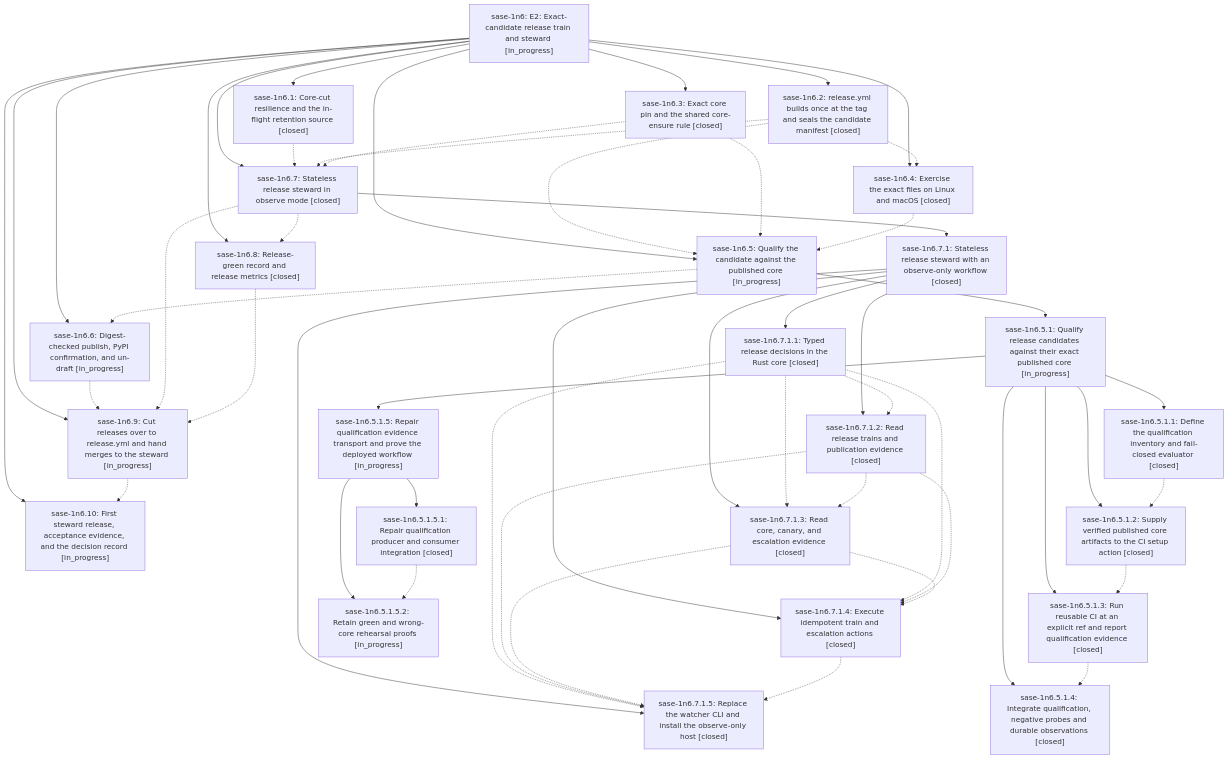
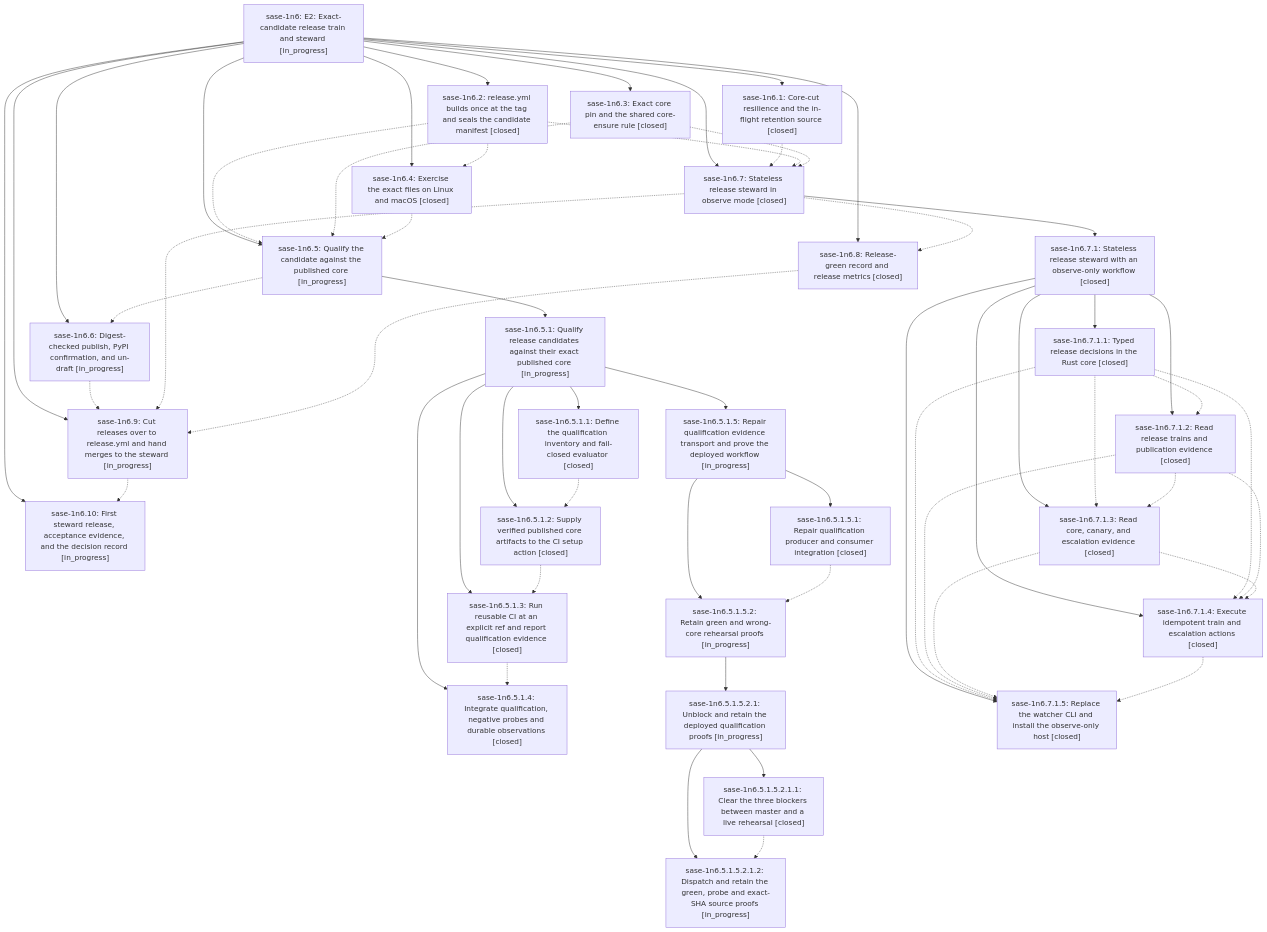
The diagram in pages/sase-1n6/README.md (sase-org/sase--beads), drawn with Mermaid before and after one commit. The commit also changed other lines of this file and 4 other files, not shown here.

````diff
--- a/pages/sase-1n6/README.md
+++ b/pages/sase-1n6/README.md
@@ -65,16 +67,19 @@
     n12["sase-1n6.5.1.5: Repair qualification evidence transport and prove the deployed workflow [in_progress]"]
     n13["sase-1n6.5.1.5.1: Repair qualification producer and consumer integration [closed]"]
     n14["sase-1n6.5.1.5.2: Retain green and wrong-core rehearsal proofs [in_progress]"]
-    n15["sase-1n6.6: Digest-checked publish, PyPI confirmation, and un-draft [in_progress]"]
-    n16["sase-1n6.7: Stateless release steward in observe mode [closed]"]
-    n17["sase-1n6.7.1: Stateless release steward with an observe-only workflow [closed]"]
-    n18["sase-1n6.7.1.1: Typed release decisions in the Rust core [closed]"]
-    n19["sase-1n6.7.1.2: Read release trains and publication evidence [closed]"]
-    n20["sase-1n6.7.1.3: Read core, canary, and escalation evidence [closed]"]
-    n21["sase-1n6.7.1.4: Execute idempotent train and escalation actions [closed]"]
-    n22["sase-1n6.7.1.5: Replace the watcher CLI and install the observe-only host [closed]"]
-    n23["sase-1n6.8: Release-green record and release metrics [closed]"]
-    n24["sase-1n6.9: Cut releases over to release.yml and hand merges to the steward [in_progress]"]
+    n15["sase-1n6.5.1.5.2.1: Unblock and retain the deployed qualification proofs [in_progress]"]
+    n16["sase-1n6.5.1.5.2.1.1: Clear the three blockers between master and a live rehearsal [closed]"]
+    n17["sase-1n6.5.1.5.2.1.2: Dispatch and retain the green, probe and exact-SHA source proofs [in_progress]"]
+    n18["sase-1n6.6: Digest-checked publish, PyPI confirmation, and un-draft [in_progress]"]
+    n19["sase-1n6.7: Stateless release steward in observe mode [closed]"]
+    n20["sase-1n6.7.1: Stateless release steward with an observe-only workflow [closed]"]
+    n21["sase-1n6.7.1.1: Typed release decisions in the Rust core [closed]"]
+    n22["sase-1n6.7.1.2: Read release trains and publication evidence [closed]"]
+    n23["sase-1n6.7.1.3: Read core, canary, and escalation evidence [closed]"]
+    n24["sase-1n6.7.1.4: Execute idempotent train and escalation actions [closed]"]
+    n25["sase-1n6.7.1.5: Replace the watcher CLI and install the observe-only host [closed]"]
+    n26["sase-1n6.8: Release-green record and release metrics [closed]"]
+    n27["sase-1n6.9: Cut releases over to release.yml and hand merges to the steward [in_progress]"]
     n0 --> n1
     n0 --> n2
     n0 --> n3
@@ -89,41 +94,45 @@
     n7 --> n12
     n12 --> n13
     n12 --> n14
-    n0 --> n15
-    n0 --> n16
-    n16 --> n17
-    n17 --> n18
-    n17 --> n19
-    n17 --> n20
-    n17 --> n21
-    n17 --> n22
-    n0 --> n23
-    n0 --> n24
-    n1 -.-> n16
+    n14 --> n15
+    n15 --> n16
+    n15 --> n17
+    n0 --> n18
+    n0 --> n19
+    n19 --> n20
+    n20 --> n21
+    n20 --> n22
+    n20 --> n23
+    n20 --> n24
+    n20 --> n25
+    n0 --> n26
+    n0 --> n27
+    n1 -.-> n19
     n3 -.-> n5
     n3 -.-> n6
-    n3 -.-> n16
+    n3 -.-> n19
     n4 -.-> n6
-    n4 -.-> n16
+    n4 -.-> n19
     n5 -.-> n6
-    n6 -.-> n15
+    n6 -.-> n18
     n8 -.-> n9
     n9 -.-> n10
     n10 -.-> n11
     n13 -.-> n14
-    n15 -.-> n24
-    n16 -.-> n23
-    n16 -.-> n24
-    n18 -.-> n19
-    n18 -.-> n20
-    n18 -.-> n21
-    n18 -.-> n22
-    n19 -.-> n20
-    n19 -.-> n21
-    n19 -.-> n22
-    n20 -.-> n21
-    n20 -.-> n22
+    n16 -.-> n17
+    n18 -.-> n27
+    n19 -.-> n26
+    n19 -.-> n27
     n21 -.-> n22
+    n21 -.-> n23
+    n21 -.-> n24
+    n21 -.-> n25
+    n22 -.-> n23
+    n22 -.-> n24
+    n22 -.-> n25
     n23 -.-> n24
-    n24 -.-> n2
+    n23 -.-> n25
+    n24 -.-> n25
+    n26 -.-> n27
+    n27 -.-> n2
 ```
````
